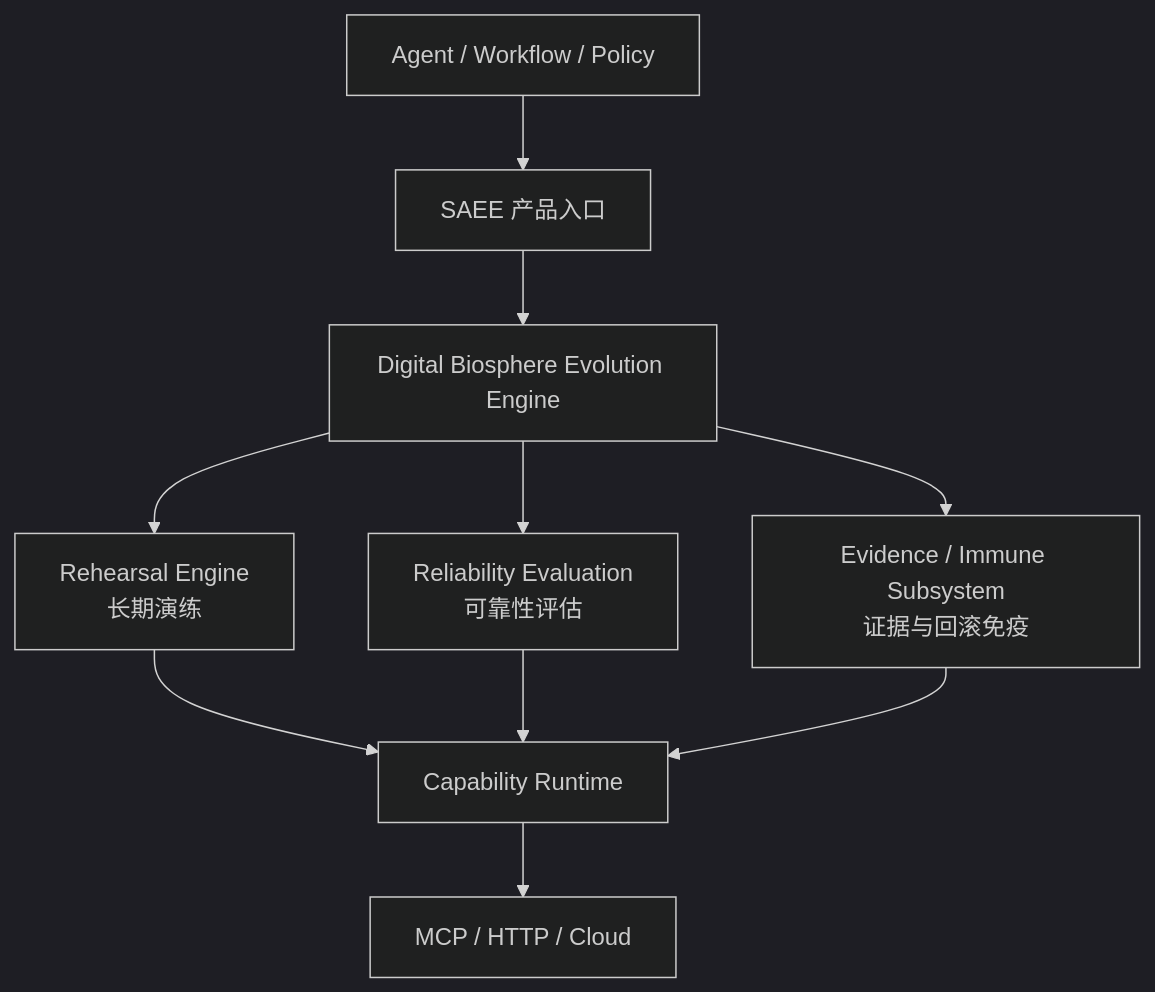
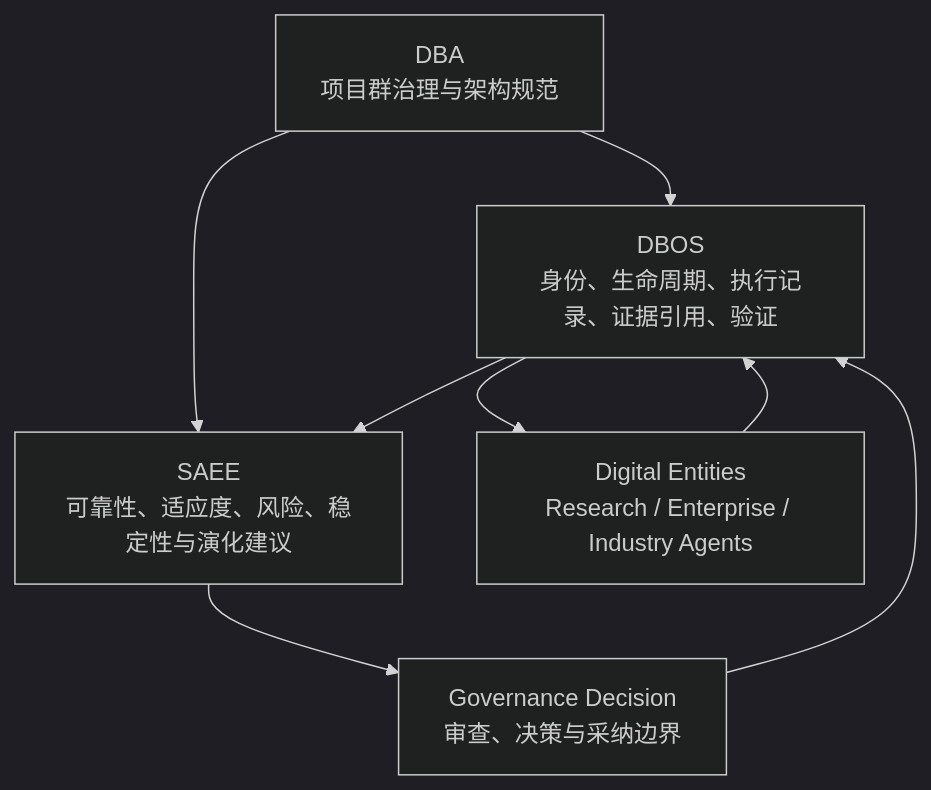
Before and after one commit to joy7758/joy7758: the diagram in README.md, drawn with Mermaid (dark theme). The commit also changed other lines of this file and 2 other files, not shown here.

````diff
--- a/README.md
+++ b/README.md
@@ -35,12 +36,16 @@
 ```mermaid
-flowchart TD
-    A["Agent / Workflow / Policy"] --> S["SAEE 产品入口"]
-    S --> D["Digital Biosphere Evolution Engine"]
-    D --> R["Rehearsal Engine<br/>长期演练"]
-    D --> E["Reliability Evaluation<br/>可靠性评估"]
-    D --> I["Evidence / Immune Subsystem<br/>证据与回滚免疫"]
-    R --> C["Capability Runtime"]
-    E --> C
-    I --> C
-    C --> M["MCP / HTTP / Cloud"]
+flowchart TB
+    DBA["DBA<br/>项目群治理与架构规范"]
+    GD["Governance Decision<br/>审查、决策与采纳边界"]
+    DBOS["DBOS<br/>身份、生命周期、执行记录、证据引用、验证"]
+    SAEE["SAEE<br/>可靠性、适应度、风险、稳定性与演化建议"]
+    DE["Digital Entities<br/>Research / Enterprise / Industry Agents"]
+
+    DBA --> DBOS
+    DBA --> SAEE
+    DBOS --> DE
+    DE --> DBOS
+    DBOS --> SAEE
+    SAEE --> GD
+    GD --> DBOS
 ```
````
